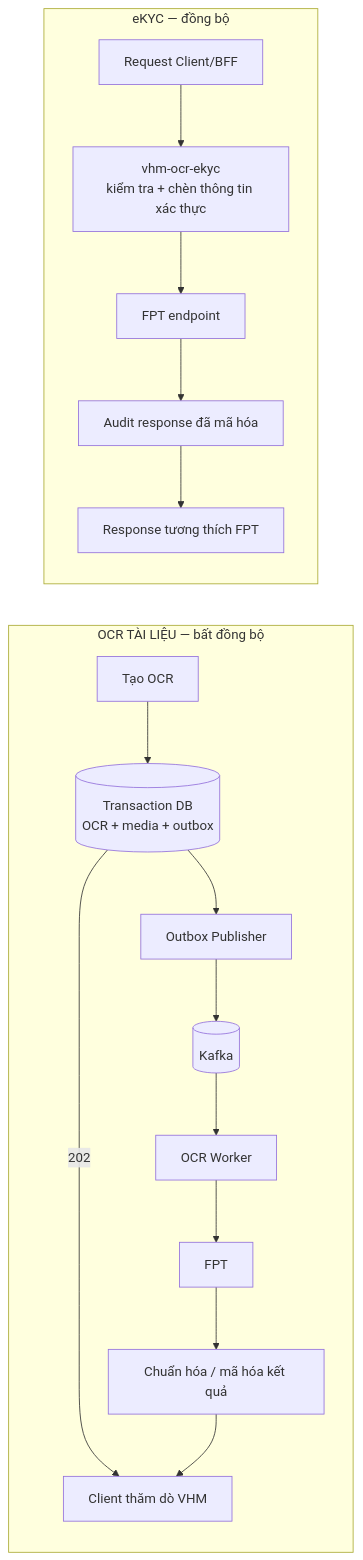
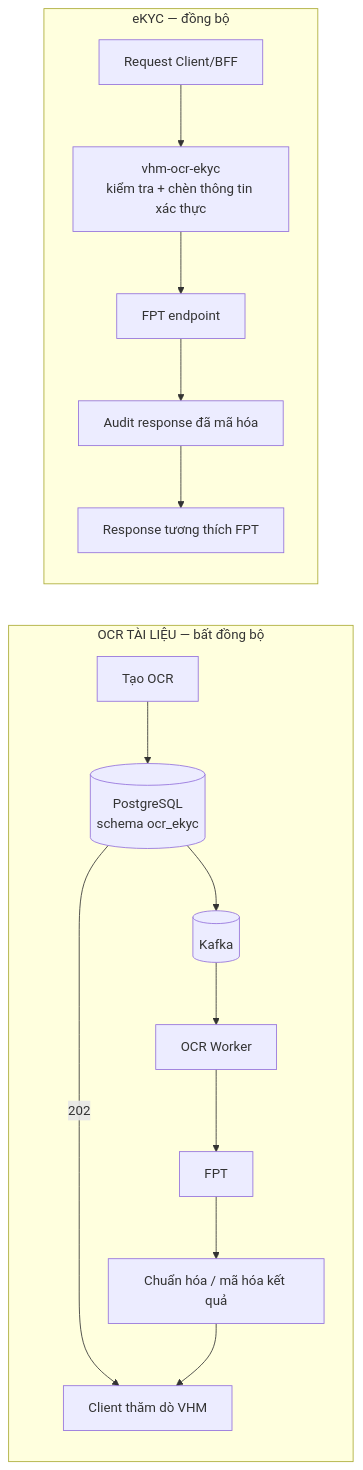
The third of 12 diagrams in tdd-ocr-ekyc.md (huynv-xyz/vhm), drawn with Mermaid before and after one commit. The commit also changed other lines of this file, not shown here.

````diff
--- a/tdd-ocr-ekyc.md
+++ b/tdd-ocr-ekyc.md
@@ -317,19 +308,18 @@
 ```mermaid
 flowchart LR
     subgraph OCR[OCR TÀI LIỆU — bất đồng bộ]
-        C[Tạo OCR] --> T[(Transaction DB<br/>OCR + media + outbox)]
+        C[Tạo OCR] --> T[(PostgreSQL<br/>schema ocr_ekyc)]
         T -->|202| P[Client thăm dò VHM]
-        T --> O[Outbox Publisher]
-        O --> K[(Kafka)] --> W[OCR Worker]
+        T --> K[(Kafka)] --> W[OCR Worker]
         W --> PR[FPT]
         PR --> N[Chuẩn hóa / mã hóa kết quả]
         N --> P
     end
 
     subgraph EKYC[eKYC — đồng bộ]
         S[Request Client/BFF] --> E[vhm-ocr-ekyc<br/>kiểm tra + chèn thông tin xác thực]
         E --> F[FPT endpoint]
         F --> A[Audit response đã mã hóa]
         A --> R[Response tương thích FPT]
     end
 ```
````
